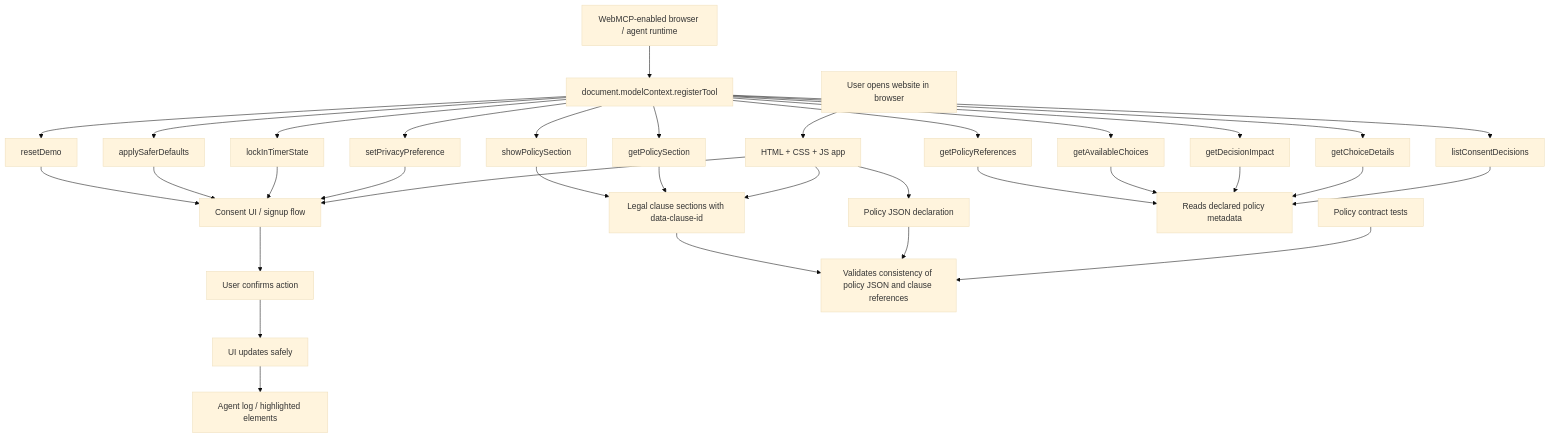
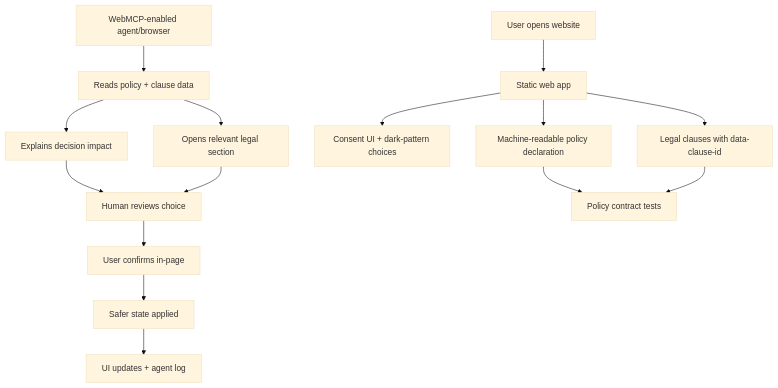
One commit to antoprince001/fine-print-webmcp changed the diagram in README.md. Above: the diagram before and after it, drawn with Mermaid (base theme). The commit also changed other lines of this file, not shown here.

````diff
--- a/README.md
+++ b/README.md
@@ -47,40 +47,20 @@
 ```mermaid
 flowchart TD
-    A[User opens website in browser] --> B[HTML + CSS + JS app]
-    B --> C[Consent UI / signup flow]
-    B --> D[Policy JSON declaration]
-    B --> E[Legal clause sections with data-clause-id]
+    A[User opens website] --> B[Static web app]
+    B --> C[Consent UI + dark-pattern choices]
+    B --> D[Machine-readable policy declaration]
+    B --> E[Legal clauses with data-clause-id]
 
-    F[WebMCP-enabled browser / agent runtime] --> G[document.modelContext.registerTool]
-    G --> H[listConsentDecisions]
-    G --> I[getChoiceDetails]
-    G --> J[getDecisionImpact]
-    G --> K[getAvailableChoices]
-    G --> L[getPolicyReferences]
-    G --> M[getPolicySection]
-    G --> N[showPolicySection]
-    G --> O[setPrivacyPreference]
-    G --> P[lockInTimerState]
-    G --> Q[applySaferDefaults]
-    G --> R[resetDemo]
+    F[WebMCP-enabled agent/browser] --> G[Reads policy + clause data]
+    G --> H[Explains decision impact]
+    G --> I[Opens relevant legal section]
+    H --> J[Human reviews choice]
+    I --> J
 
-    H --> S[Reads declared policy metadata]
-    I --> S
-    J --> S
-    K --> S
-    L --> S
-    M --> E
-    N --> E
-    O --> C
-    P --> C
-    Q --> C
-    R --> C
+    J --> K[User confirms in-page]
+    K --> L[Safer state applied]
+    L --> M[UI updates + agent log]
 
-    C --> T[User confirms action]
-    T --> U[UI updates safely]
-    U --> V[Agent log / highlighted elements]
-
-    W[Policy contract tests] --> X[Validates consistency of policy JSON and clause references]
-    D --> X
-    E --> X
+    D --> N[Policy contract tests]
+    E --> N
 ```
````
